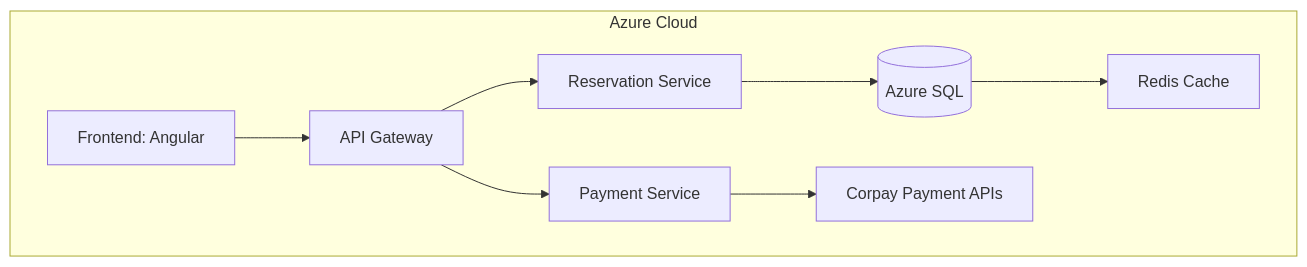
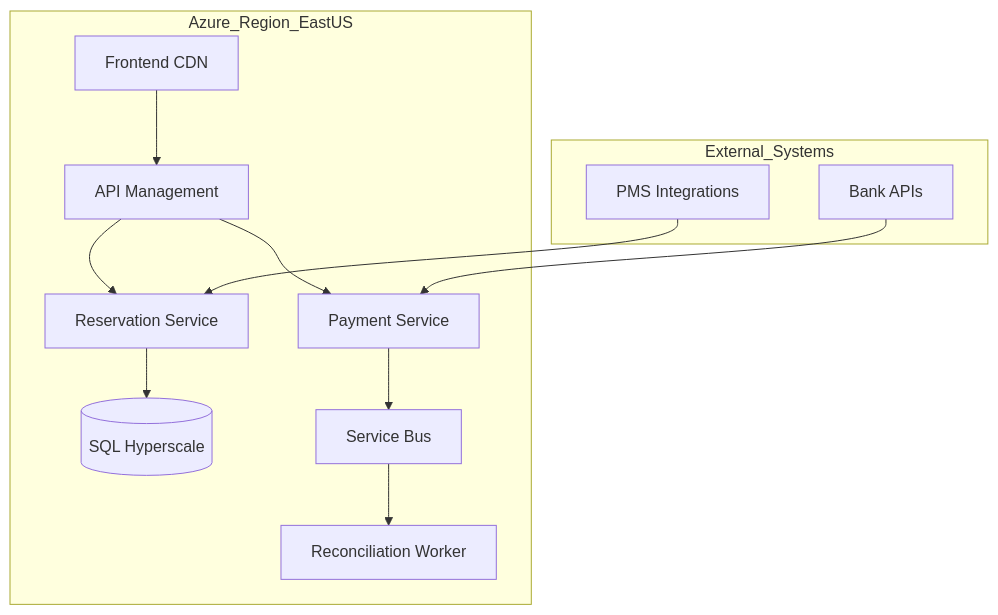
One commit to zerospeak/Corpay_Competency changed the second of 2 diagrams in README.md. Above: the diagram before and after it, drawn with Mermaid. The commit also changed other lines of this file, not shown here.

````diff
--- a/README.md
+++ b/README.md
@@ -132,11 +190,16 @@
 ```mermaid
 graph TB
-  subgraph Azure Cloud
-    A[Frontend: Angular] --> B[API Gateway]
+  subgraph Azure_Region_EastUS
+    A[Frontend CDN] --> B[API Management]
     B --> C[Reservation Service]
     B --> D[Payment Service]
-    C --> E[(Azure SQL)]
-    D --> F[Corpay Payment APIs]
-    E --> G[Redis Cache]
+    C --> E[(SQL Hyperscale)]
+    D --> F[Service Bus]
+    F --> G[Reconciliation Worker]
+  end
+  
+  subgraph External_Systems
+    H[Bank APIs] --> D
+    I[PMS Integrations] --> C
   end
 ```
````
